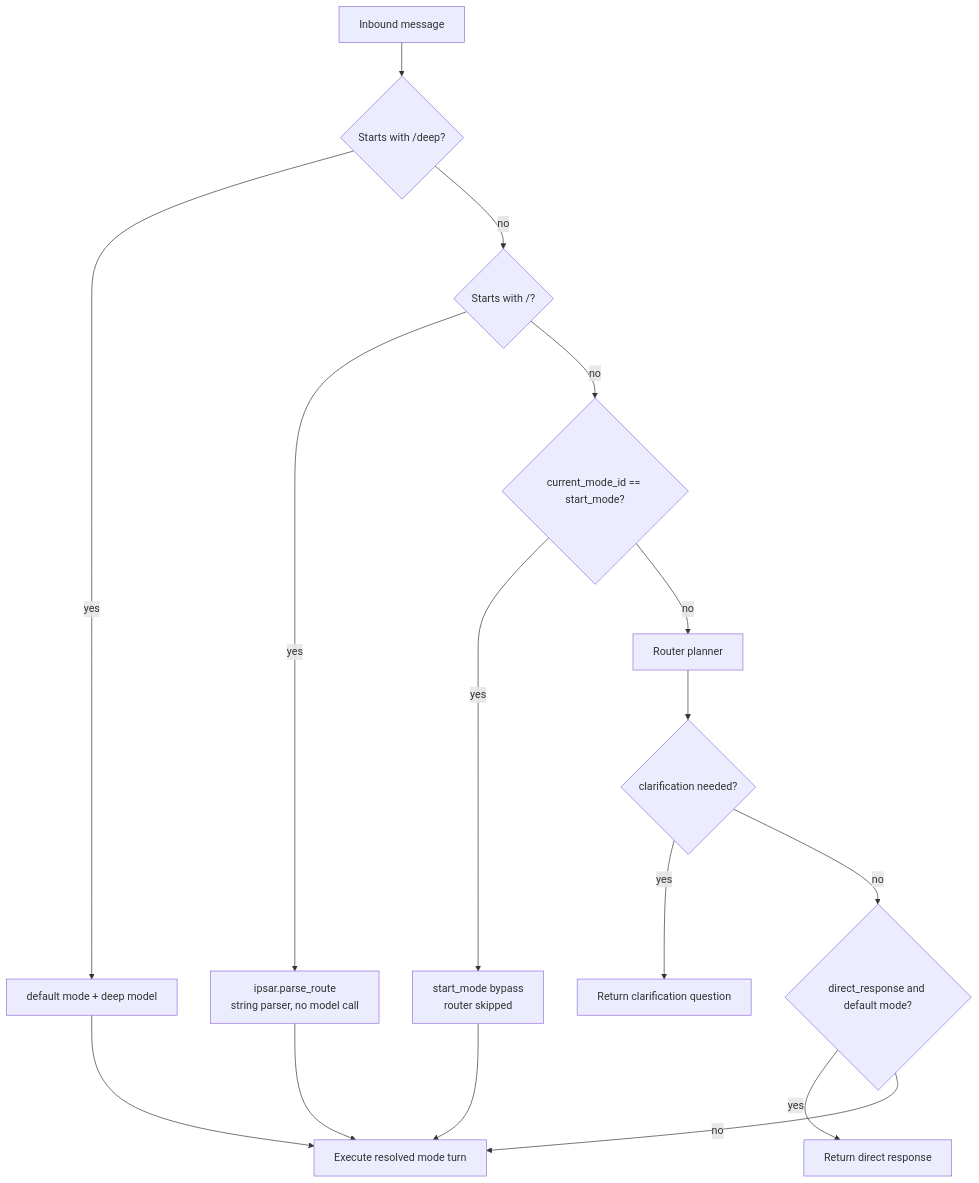
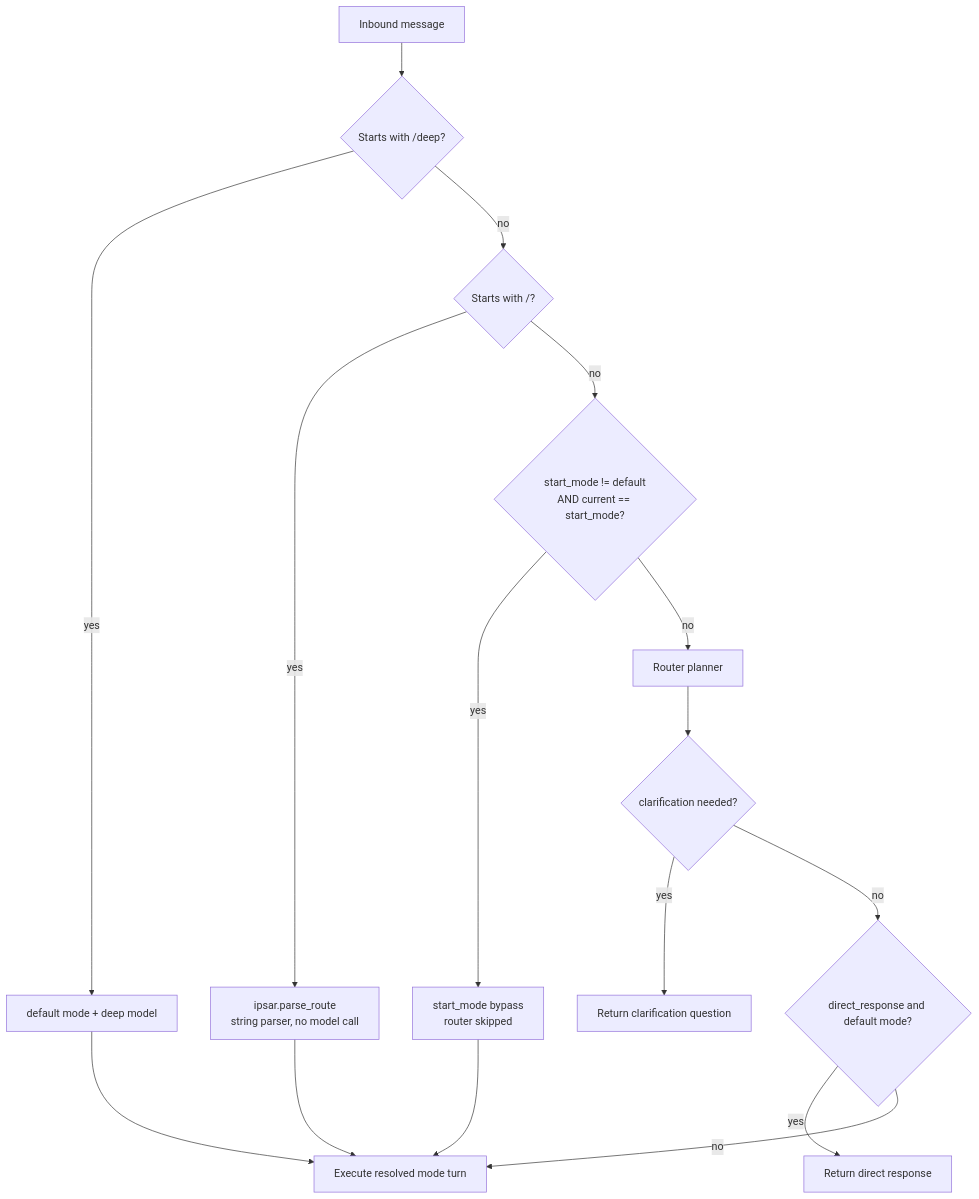
The first of 4 diagrams in docs/ROUTER_DESIGN.md (Lisa-Harness/lisa), drawn with Mermaid before and after one commit. The commit also changed other lines of this file and 3 other files, not shown here.

````diff
--- a/docs/ROUTER_DESIGN.md
+++ b/docs/ROUTER_DESIGN.md
@@ -41,18 +41,19 @@
 ```mermaid
 flowchart TD
     A[Inbound message] --> B{Starts with /deep?}
     B -->|yes| C[default mode + deep model]
     B -->|no| D{Starts with /?}
     D -->|yes| E[ipsar.parse_route<br/>string parser, no model call]
-    D -->|no| F{current_mode_id == start_mode?}
+    D -->|no| F{start_mode != default
+AND current == start_mode?}
     F -->|yes| G[start_mode bypass<br/>router skipped]
     F -->|no| H[Router planner]
     H --> I{clarification needed?}
     I -->|yes| J[Return clarification question]
     I -->|no| K{direct_response and default mode?}
     K -->|yes| L[Return direct response]
     K -->|no| M[Execute resolved mode turn]
     G --> M
     C --> M
     E --> M
 ```
````
